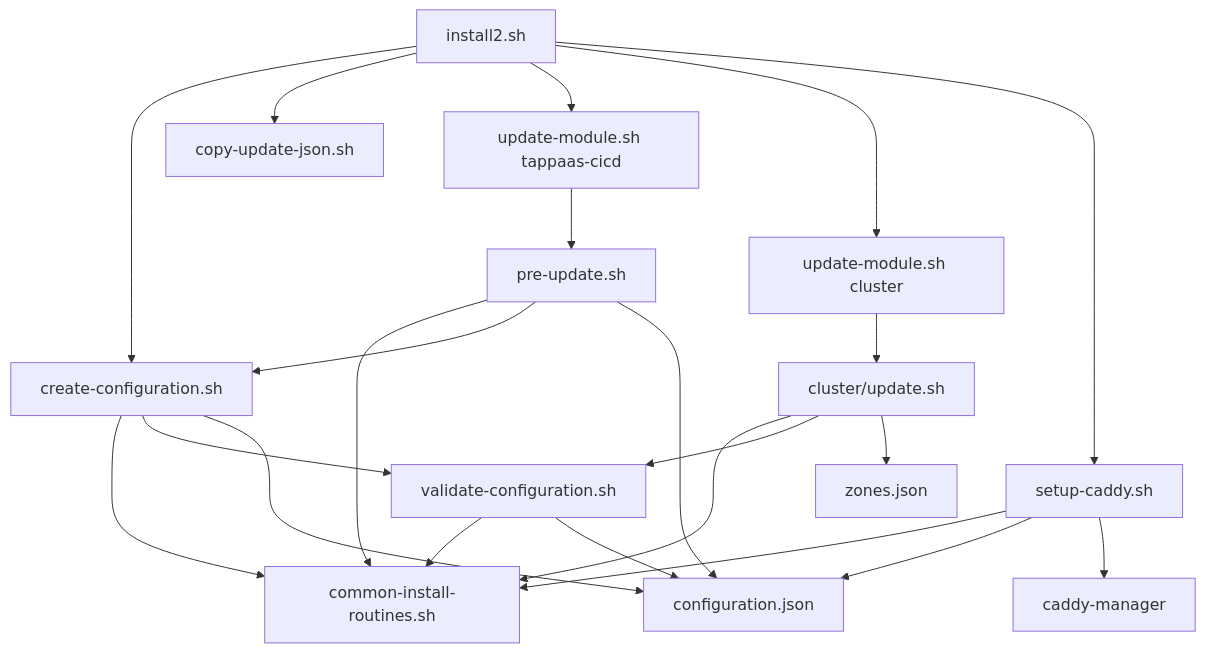
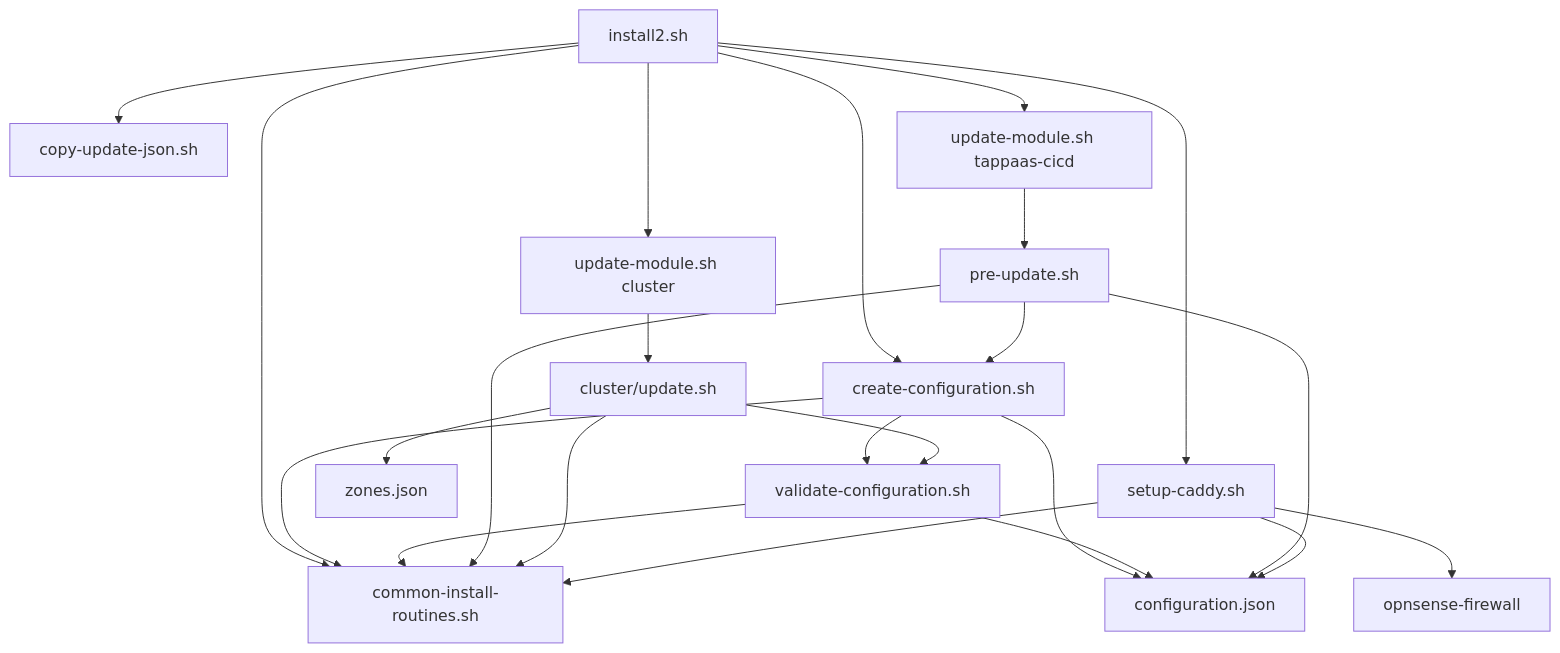
One commit to TAPPaaS/TAPPaaS changed the sixth of 13 diagrams in src/foundation/DEPENDENCIES.md. Above: the diagram before and after it, drawn with Mermaid. The commit also changed other lines of this file and 11 other files, not shown here.

````diff
--- a/src/foundation/DEPENDENCIES.md
+++ b/src/foundation/DEPENDENCIES.md
@@ -189,24 +249,25 @@
 ```mermaid
 graph TD
     A["install2.sh"] --> B["create-configuration.sh"]
     A --> C["copy-update-json.sh"]
     A --> D["update-module.sh tappaas-cicd"]
     A --> E["update-module.sh cluster"]
     A --> F["setup-caddy.sh"]
-    B --> G["common-install-routines.sh"]
+    A --> G["common-install-routines.sh"]
+    B --> G
     B --> H["validate-configuration.sh"]
     B --> I["configuration.json"]
     H --> G
     H --> I
     D --> J["pre-update.sh"]
     J --> G
     J --> B
     J --> I
     E --> K["cluster/update.sh"]
     K --> G
     K --> H
     K --> L["zones.json"]
     F --> G
     F --> I
-    F --> M["caddy-manager"]
+    F --> M["opnsense-firewall"]
 ```
````
